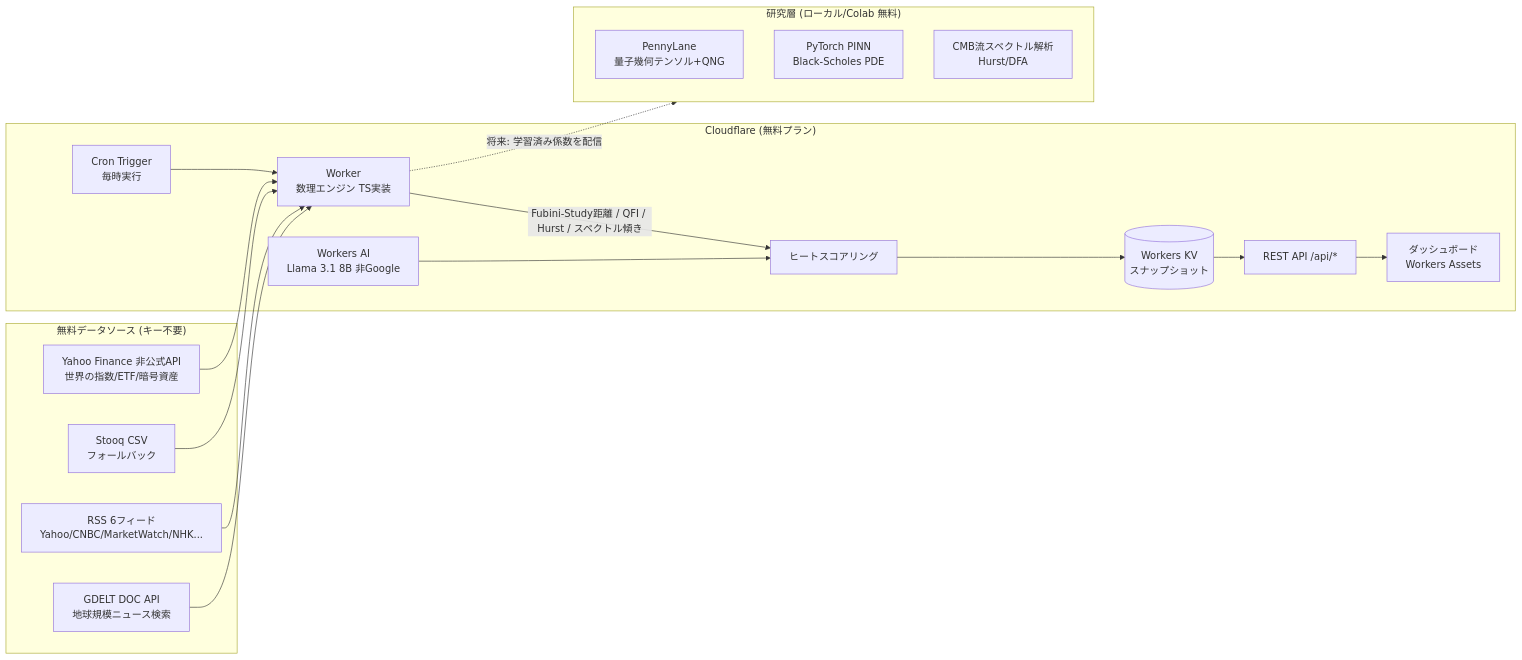
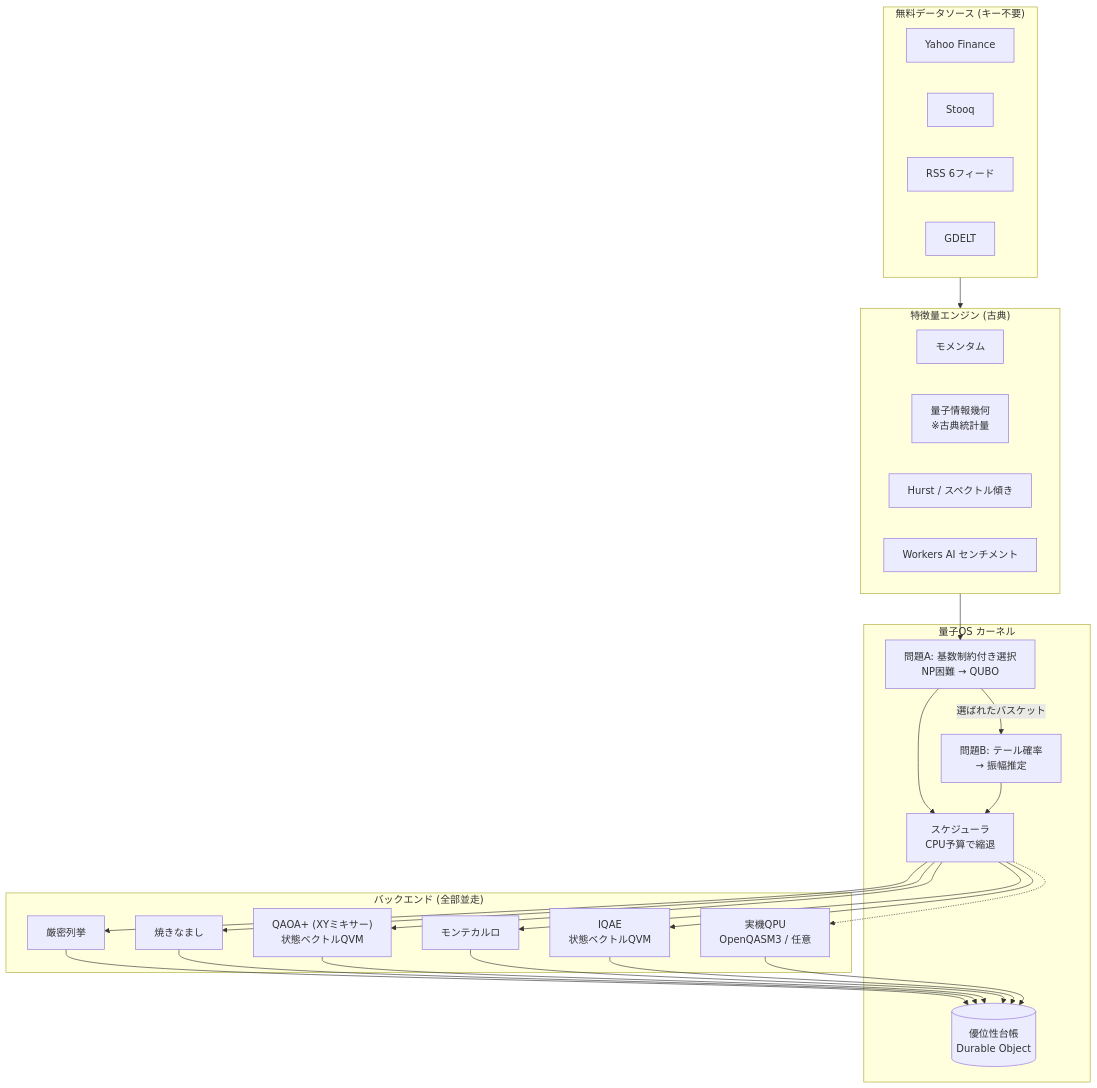
One commit to gentaron/QAIZ changed the diagram in README.md. Above: the diagram before and after it, drawn with Mermaid. The commit also changed other lines of this file and 45 other files, not shown here.

````diff
--- a/README.md
+++ b/README.md
@@ -11,30 +130,41 @@
 ```mermaid
-flowchart LR
-  subgraph free["無料データソース (キー不要)"]
-    Y[Yahoo Finance 非公式API<br>世界の指数/ETF/暗号資産]
-    S[Stooq CSV<br>フォールバック]
-    R[RSS 6フィード<br>Yahoo/CNBC/MarketWatch/NHK...]
-    G[GDELT DOC API<br>地球規模ニュース検索]
+flowchart TB
+  subgraph data["無料データソース (キー不要)"]
+    Y[Yahoo Finance]
+    S[Stooq]
+    R[RSS 6フィード]
+    G[GDELT]
   end
 
-  subgraph cf["Cloudflare (無料プラン)"]
-    CRON[Cron Trigger<br>毎時実行] --> W[Worker<br>数理エンジン TS実装]
-    W -->|Fubini-Study距離 / QFI / Hurst / スペクトル傾き| SCORE[ヒートスコアリング]
-    AI[Workers AI<br>Llama 3.1 8B 非Google] --> SCORE
-    SCORE --> KV[(Workers KV<br>スナップショット)]
-    KV --> API[REST API /api/*]
-    API --> DASH[ダッシュボード<br>Workers Assets]
+  subgraph engine["特徴量エンジン (古典)"]
+    MOM[モメンタム]
+    QG["量子情報幾何<br/>※古典統計量"]
+    COS[Hurst / スペクトル傾き]
+    AI[Workers AI センチメント]
   end
 
-  subgraph research["研究層 (ローカル/Colab 無料)"]
-    PL[PennyLane<br>量子幾何テンソル+QNG]
-    PINN[PyTorch PINN<br>Black-Scholes PDE]
-    COSMO[CMB流スペクトル解析<br>Hurst/DFA]
+  subgraph os["量子OS カーネル"]
+    P1["問題A: 基数制約付き選択<br/>NP困難 → QUBO"]
+    P2["問題B: テール確率<br/>→ 振幅推定"]
+    SCHED["スケジューラ<br/>CPU予算で縮退"]
+    LEDGER[("優位性台帳<br/>Durable Object")]
   end
 
-  Y --> W
-  S --> W
-  R --> W
-  G --> W
-  W -.->|将来: 学習済み係数を配信| research
+  subgraph backends["バックエンド (全部並走)"]
+    EX[厳密列挙]
+    SA[焼きなまし]
+    MC[モンテカルロ]
+    QAOA["QAOA+ (XYミキサー)<br/>状態ベクトルQVM"]
+    IQAE["IQAE<br/>状態ベクトルQVM"]
+    QPU["実機QPU<br/>OpenQASM3 / 任意"]
+  end
+
+  data --> engine --> P1
+  P1 --> SCHED
+  P2 --> SCHED
+  SCHED --> EX & SA & QAOA
+  SCHED --> MC & IQAE
+  SCHED -.-> QPU
+  EX & SA & QAOA & MC & IQAE & QPU --> LEDGER
+  P1 -->|選ばれたバスケット| P2
 ```
````
